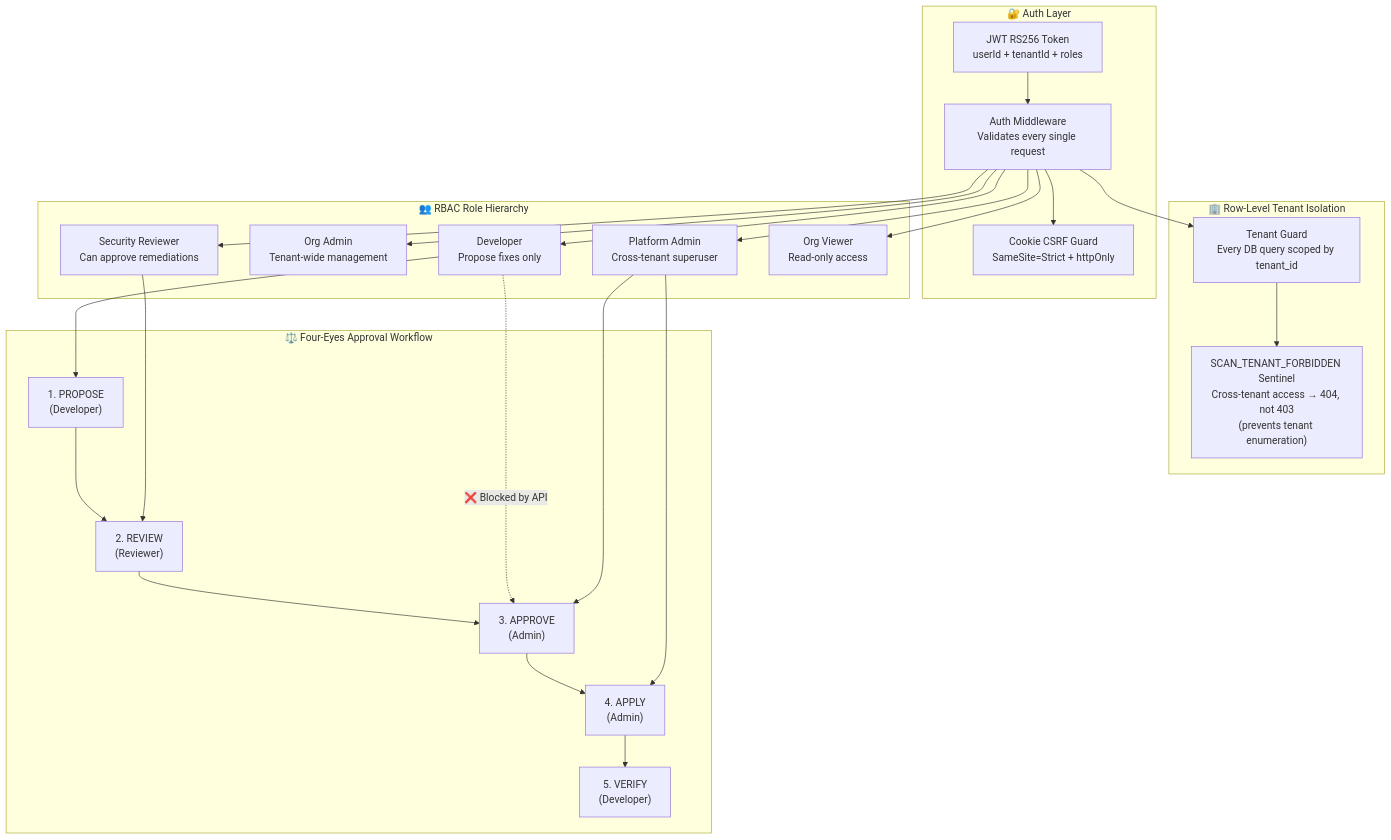
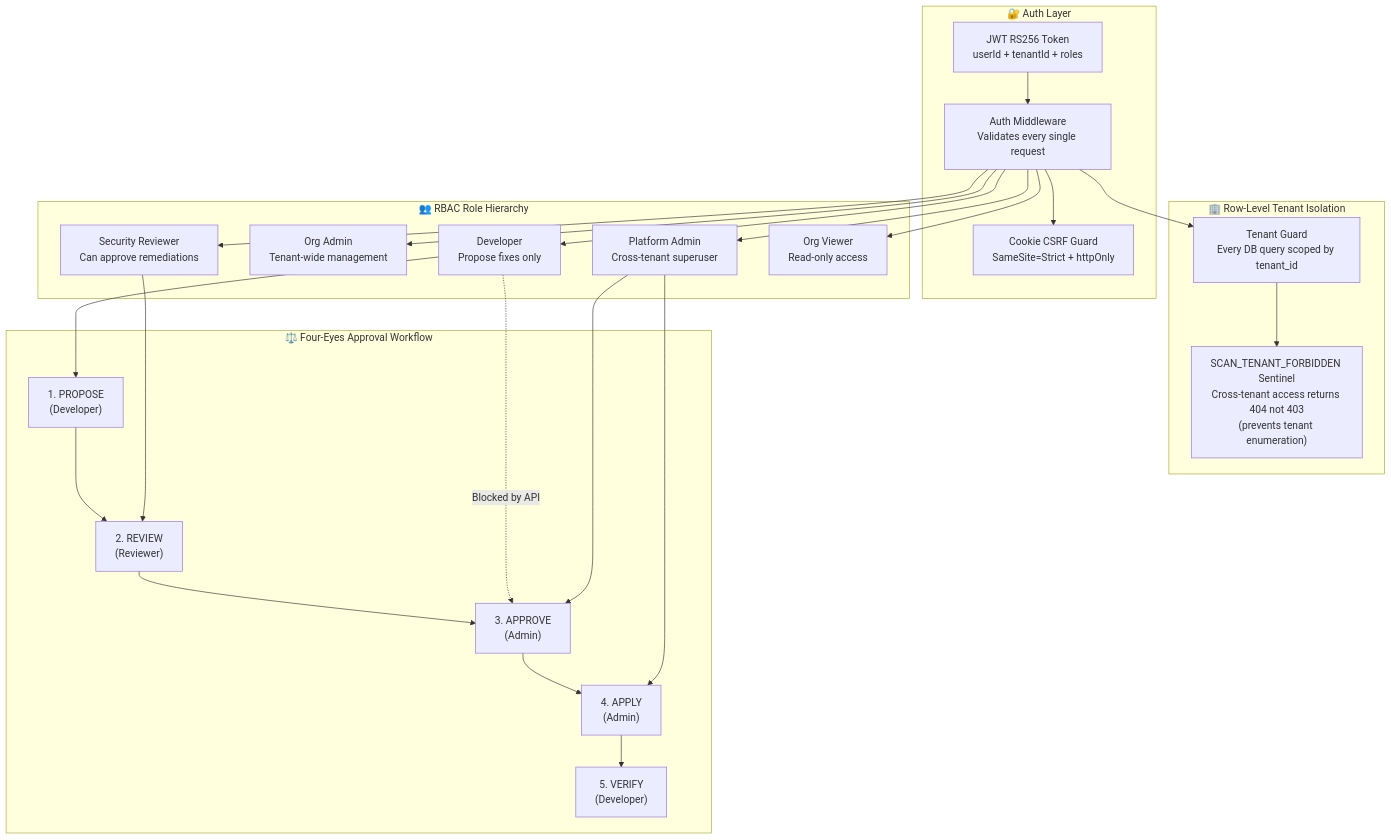
One commit to jeevanchandrashekhar31-a11y/ECDAT changed the third of 4 diagrams in README.md. Above: the diagram before and after it, drawn with Mermaid. The commit also changed other lines of this file, not shown here.

````diff
--- a/README.md
+++ b/README.md
@@ -209,38 +177,38 @@
 ```mermaid
 graph TD
     subgraph "🔐 Auth Layer"
         JWT["JWT RS256 Token<br/>userId + tenantId + roles"]
         MW["Auth Middleware<br/>Validates every single request"]
         COOKIE["Cookie CSRF Guard<br/>SameSite=Strict + httpOnly"]
     end
 
     subgraph "🏢 Row-Level Tenant Isolation"
         TG["Tenant Guard<br/>Every DB query scoped by tenant_id"]
-        SENT["SCAN_TENANT_FORBIDDEN Sentinel<br/>Cross-tenant access → 404, not 403<br/>(prevents tenant enumeration)"]
+        SENT["SCAN_TENANT_FORBIDDEN Sentinel<br/>Cross-tenant access returns 404 not 403<br/>(prevents tenant enumeration)"]
     end
 
     subgraph "👥 RBAC Role Hierarchy"
         ADM["Platform Admin<br/>Cross-tenant superuser"]
         ORG["Org Admin<br/>Tenant-wide management"]
         REV["Security Reviewer<br/>Can approve remediations"]
         DEV["Developer<br/>Propose fixes only"]
         VIEW["Org Viewer<br/>Read-only access"]
     end
 
     subgraph "⚖️ Four-Eyes Approval Workflow"
         PROP["1. PROPOSE<br/>(Developer)"]
         REW["2. REVIEW<br/>(Reviewer)"]
         APP["3. APPROVE<br/>(Admin)"]
         APPLY["4. APPLY<br/>(Admin)"]
         VERIF["5. VERIFY<br/>(Developer)"]
         PROP --> REW --> APP --> APPLY --> VERIF
-        DEV -..->|"❌ Blocked by API"| APP
+        DEV -.->|"Blocked by API"| APP
     end
 
     JWT --> MW --> TG --> SENT
     MW --> COOKIE
     MW --> ADM & ORG & REV & DEV & VIEW
     DEV --> PROP
     REV --> REW
     ADM --> APP & APPLY
 ```
````
